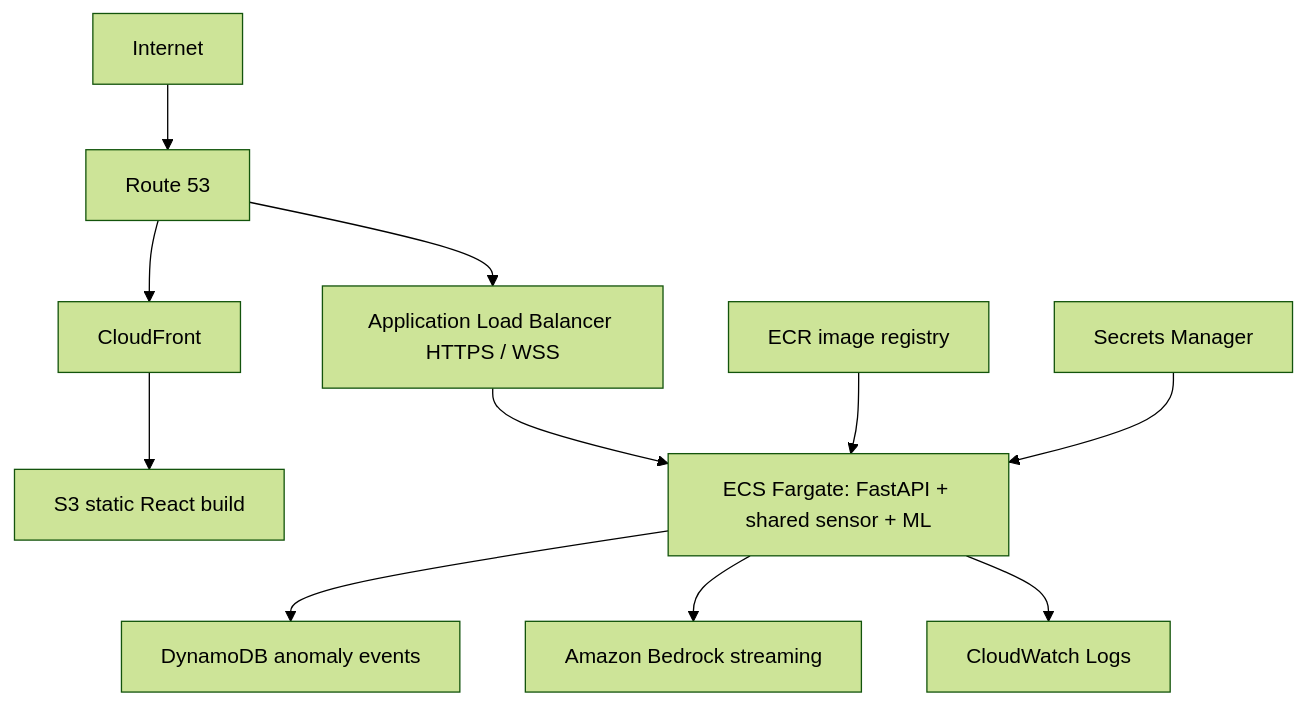
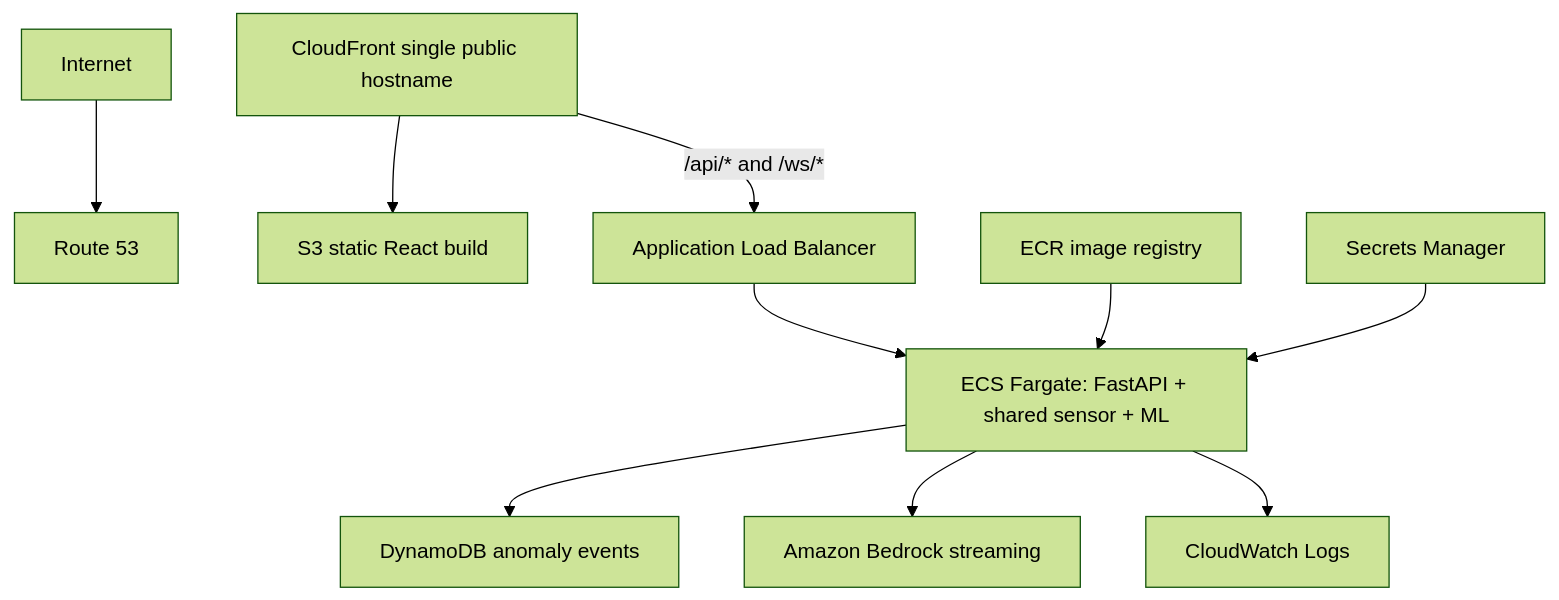
Before and after one commit to Prokandera/-pulseguard-ai: the diagram in docs/aws-deployment.md, drawn with Mermaid (forest theme). The commit also changed other lines of this file and 4 other files, not shown here.

Commit message:
feat: support CloudFront same-origin runtime URLs

````diff
--- a/docs/aws-deployment.md
+++ b/docs/aws-deployment.md
@@ -7,13 +7,12 @@
 ```mermaid
 flowchart TB
   Internet --> R53[Route 53]
-  R53 --> CF[CloudFront]
-  CF --> S3[S3 static React build]
-  R53 --> ALB[Application Load Balancer HTTPS / WSS]
+  CF[CloudFront single public hostname] --> S3[S3 static React build]
+  CF -->|/api/* and /ws/*| ALB[Application Load Balancer]
   ALB --> ECS[ECS Fargate: FastAPI + shared sensor + ML]
   ECS --> DDB[DynamoDB anomaly events]
   ECS --> BR[Amazon Bedrock streaming]
   ECR[ECR image registry] --> ECS
   SM[Secrets Manager] --> ECS
   ECS --> CW[CloudWatch Logs]
 ```
````
